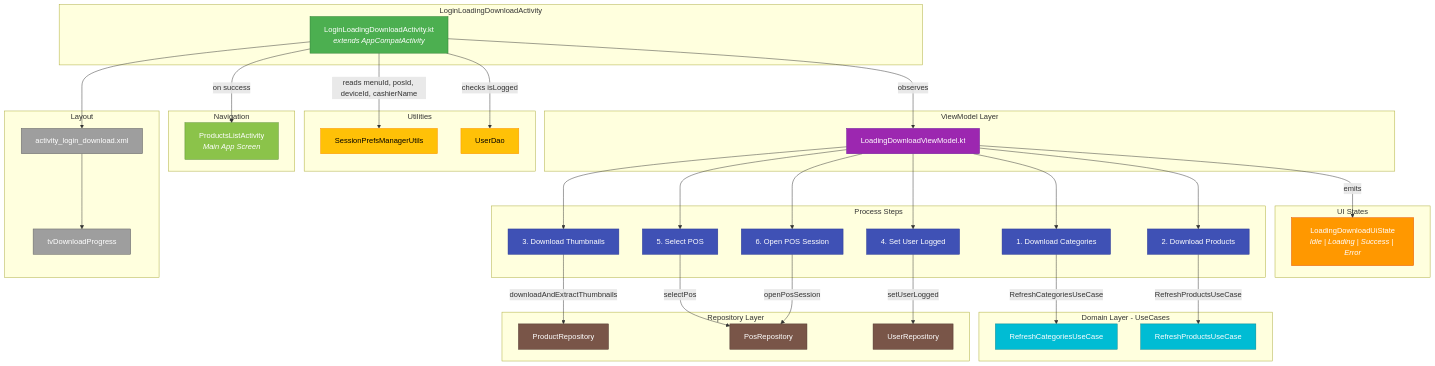
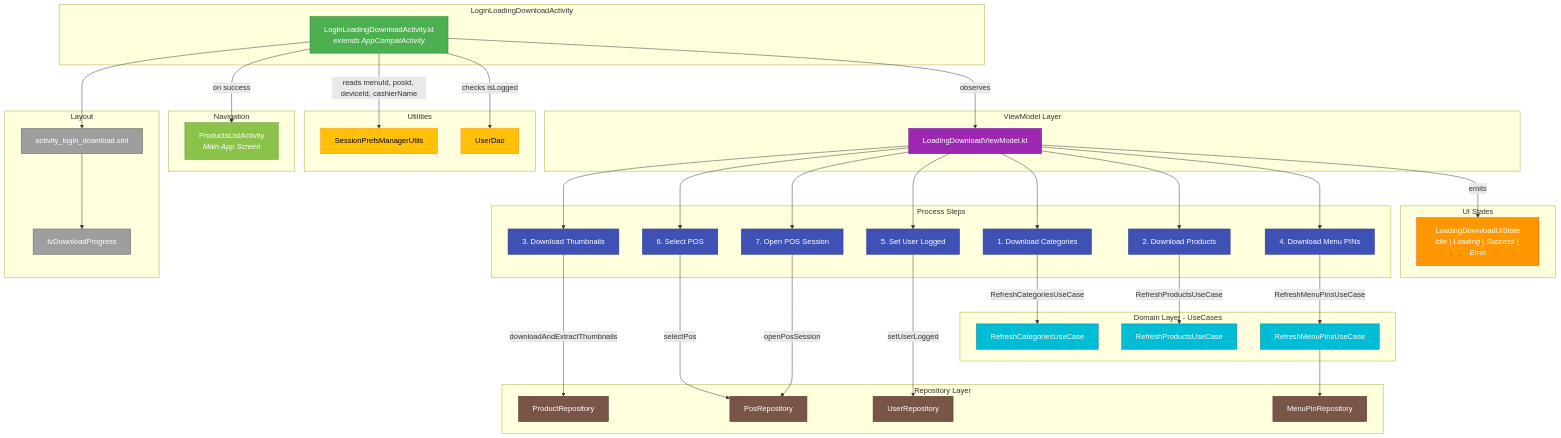
The diagram in docs/diagrams/07_LoginLoadingDownloadActivity.mmd (Spardevs/aurora-trip), drawn with Mermaid before and after one commit. The commit also changed 19 other files, not shown here.

First line of the commit message:
feat: add menu pin whitelist feature with local caching and validation

```diff
--- a/docs/diagrams/07_LoginLoadingDownloadActivity.mmd
+++ b/docs/diagrams/07_LoginLoadingDownloadActivity.mmd
@@ -1,99 +1,107 @@
 %% LoginLoadingDownloadActivity - Data Sync & Session Setup Screen
 %% Path: app/src/main/java/br/com/ticpass/pos/presentation/login/activities/LoginLoadingDownloadActivity.kt
 
 flowchart TB
     subgraph Activity["LoginLoadingDownloadActivity"]
         LLDA["LoginLoadingDownloadActivity.kt<br/><i>extends AppCompatActivity</i>"]
     end
 
     subgraph ViewModel["ViewModel Layer"]
         LoadVM["LoadingDownloadViewModel.kt"]
     end
 
     subgraph States["UI States"]
         LoadState["LoadingDownloadUiState<br/><i>Idle | Loading | Success | Error</i>"]
     end
 
     subgraph UseCases["Domain Layer - UseCases"]
         RefreshCatUC["RefreshCategoriesUseCase"]
         RefreshProdUC["RefreshProductsUseCase"]
+        RefreshPinsUC["RefreshMenuPinsUseCase"]
     end
 
     subgraph Repositories["Repository Layer"]
         ProdRepo["ProductRepository"]
         PosRepo["PosRepository"]
         UserRepo["UserRepository"]
+        MenuPinRepo["MenuPinRepository"]
     end
 
     subgraph ProcessSteps["Process Steps"]
         Step1["1. Download Categories"]
         Step2["2. Download Products"]
         Step3["3. Download Thumbnails"]
-        Step4["4. Set User Logged"]
-        Step5["5. Select POS"]
-        Step6["6. Open POS Session"]
+        Step4["4. Download Menu PINs"]
+        Step5["5. Set User Logged"]
+        Step6["6. Select POS"]
+        Step7["7. Open POS Session"]
     end
 
     subgraph Utils["Utilities"]
         SPM["SessionPrefsManagerUtils"]
         UserDao["UserDao"]
     end
 
     subgraph Navigation["Navigation"]
         PLA["ProductsListActivity<br/><i>Main App Screen</i>"]
     end
 
     subgraph Layout["Layout"]
         XML["activity_login_download.xml"]
         StatusTV["tvDownloadProgress"]
     end
 
     %% ViewModel Flow
     LLDA -->|"observes"| LoadVM
     LoadVM -->|"emits"| LoadState
 
     %% Process Steps
     LoadVM --> Step1
     Step1 -->|"RefreshCategoriesUseCase"| RefreshCatUC
     LoadVM --> Step2
     Step2 -->|"RefreshProductsUseCase"| RefreshProdUC
     LoadVM --> Step3
     Step3 -->|"downloadAndExtractThumbnails"| ProdRepo
     LoadVM --> Step4
-    Step4 -->|"setUserLogged"| UserRepo
+    Step4 -->|"RefreshMenuPinsUseCase"| RefreshPinsUC
+    RefreshPinsUC --> MenuPinRepo
     LoadVM --> Step5
-    Step5 -->|"selectPos"| PosRepo
+    Step5 -->|"setUserLogged"| UserRepo
     LoadVM --> Step6
-    Step6 -->|"openPosSession"| PosRepo
+    Step6 -->|"selectPos"| PosRepo
+    LoadVM --> Step7
+    Step7 -->|"openPosSession"| PosRepo
 
     %% Session Data
     LLDA -->|"reads menuId, posId, deviceId, cashierName"| SPM
     LLDA -->|"checks isLogged"| UserDao
 
     %% Navigation
     LLDA -->|"on success"| PLA
 
     %% Layout
     LLDA --> XML
     XML --> StatusTV
 
     %% Styling
     classDef activity fill:#4CAF50,stroke:#2E7D32,color:white
     classDef viewmodel fill:#9C27B0,stroke:#6A1B9A,color:white
     classDef state fill:#FF9800,stroke:#E65100,color:white
     classDef usecase fill:#00BCD4,stroke:#00838F,color:white
     classDef repository fill:#795548,stroke:#4E342E,color:white
     classDef step fill:#3F51B5,stroke:#283593,color:white
     classDef util fill:#FFC107,stroke:#FF8F00,color:black
     classDef navigation fill:#8BC34A,stroke:#558B2F,color:white
     classDef layout fill:#9E9E9E,stroke:#616161,color:white
 
     class LLDA activity
     class LoadVM viewmodel
     class LoadState state
     class RefreshCatUC,RefreshProdUC usecase
     class ProdRepo,PosRepo,UserRepo repository
-    class Step1,Step2,Step3,Step4,Step5,Step6 step
+    class Step1,Step2,Step3,Step4,Step5,Step6,Step7 step
+    class RefreshPinsUC usecase
+    class MenuPinRepo repository
     class SPM,UserDao util
     class PLA navigation
     class XML,StatusTV layout
```
